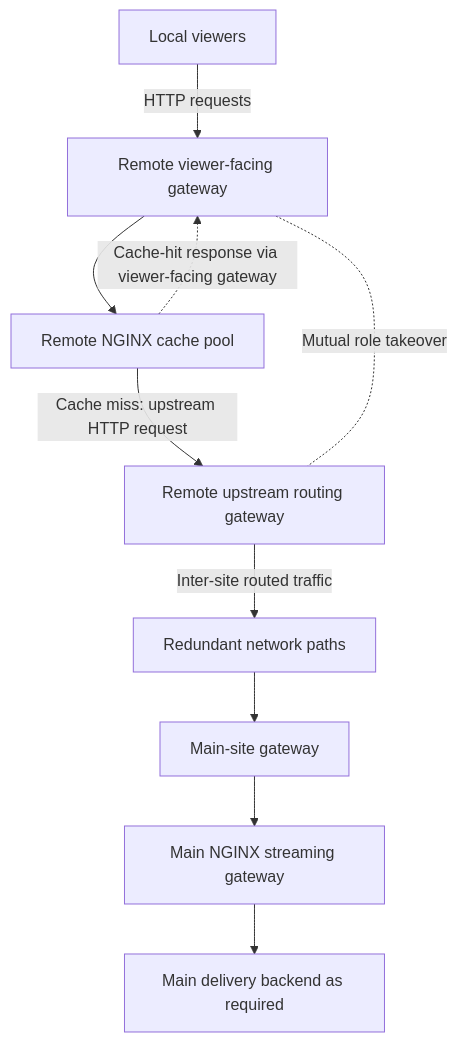
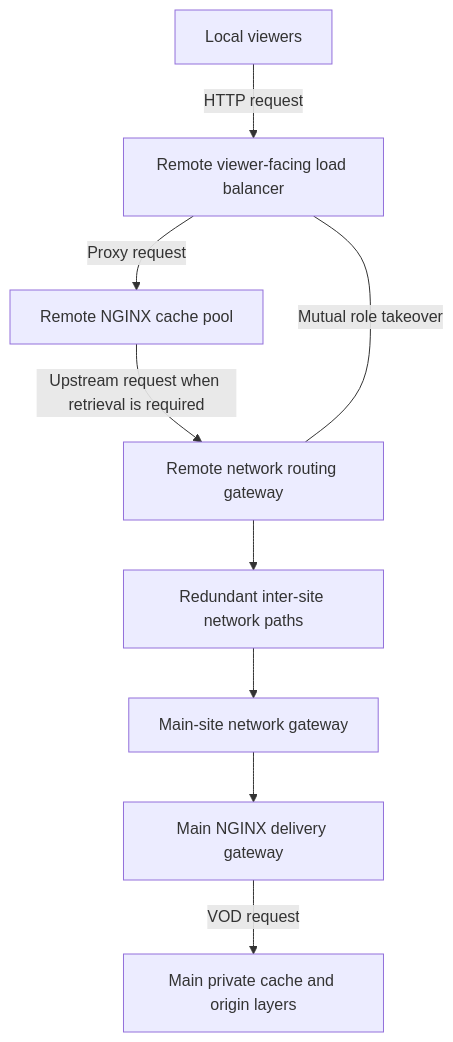
The third of 3 diagrams in projects/ip-001/architecture.md (minnthuwinn/infrastructure-portfolio), drawn with Mermaid before and after one commit. The commit also changed other lines of this file, not shown here.

Commit message:
Review IP-001: refine projects/ip-001/architecture.md

````diff
--- a/projects/ip-001/architecture.md
+++ b/projects/ip-001/architecture.md
@@ -39,12 +40,11 @@
 ```mermaid
 flowchart TD
-    V[Local viewers] -->|HTTP requests| A[Remote viewer-facing gateway]
-    A --> C[Remote NGINX cache pool]
-    C -->|Cache miss: upstream HTTP request| B[Remote upstream routing gateway]
-    C -. Cache-hit response via viewer-facing gateway .-> A
-    B -->|Inter-site routed traffic| N[Redundant network paths]
-    N --> M[Main-site gateway]
-    M --> L[Main NGINX streaming gateway]
-    L --> P[Main delivery backend as required]
-    A -. Mutual role takeover .- B
+    V["Local viewers"] -->|HTTP request| A["Remote viewer-facing load balancer"]
+    A -->|Proxy request| C["Remote NGINX cache pool"]
+    C -->|Upstream request when retrieval is required| B["Remote network routing gateway"]
+    B --> N["Redundant inter-site network paths"]
+    N --> M["Main-site network gateway"]
+    M --> L["Main NGINX delivery gateway"]
+    L -->|VOD request| P["Main private cache and origin layers"]
+    A ---|Mutual role takeover| B
 ```
````
